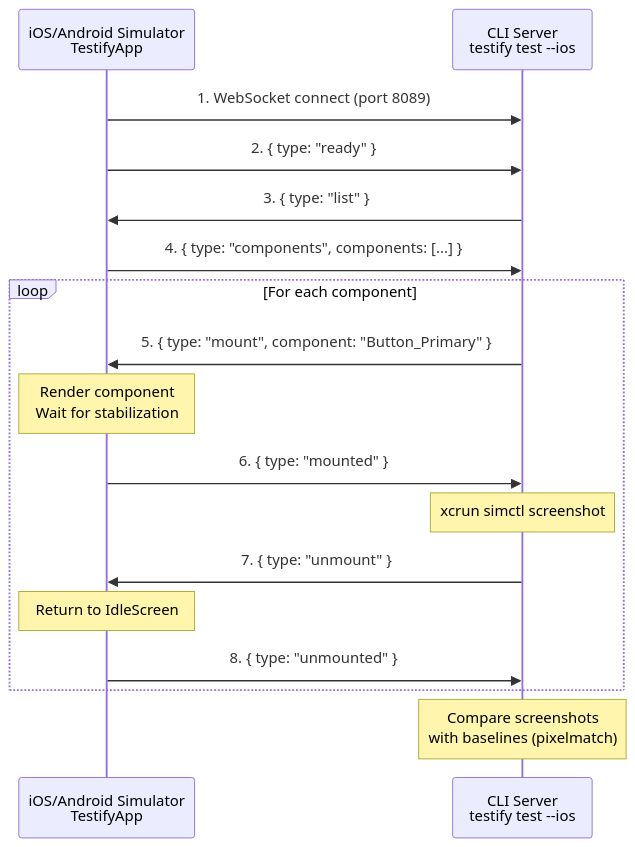
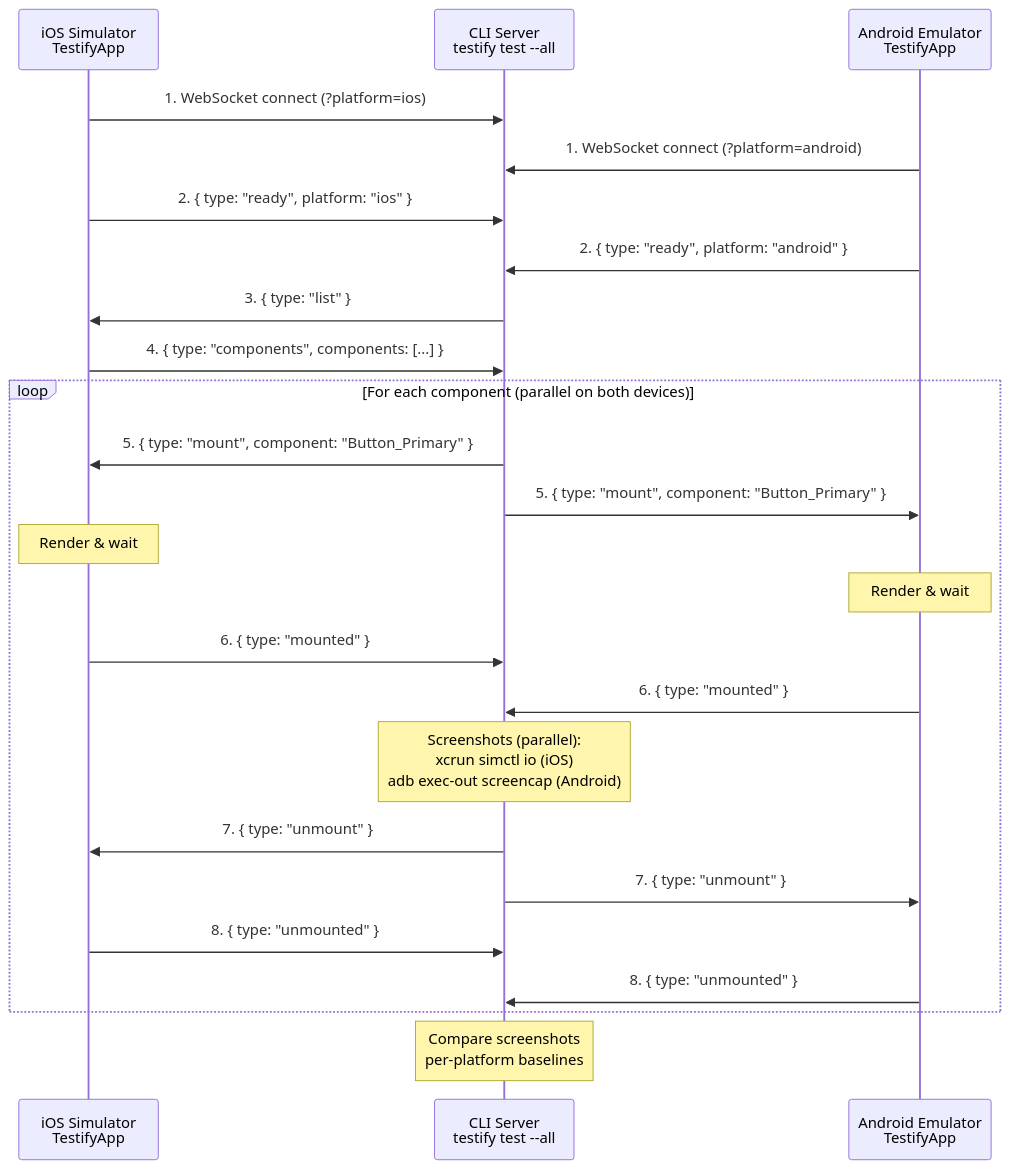
Before and after one commit to bheemreddy-samsara/react-native-testify: the diagram in README.md, drawn with Mermaid. The commit also changed other lines of this file and 7 other files, not shown here.

First line of the commit message:
Add parallel iOS + Android testing support

````diff
--- a/README.md
+++ b/README.md
@@ -174,23 +220,30 @@
 ```mermaid
 sequenceDiagram
-    participant App as iOS/Android Simulator<br/>TestifyApp
-    participant CLI as CLI Server<br/>testify test --ios
+    participant iOS as iOS Simulator<br/>TestifyApp
+    participant CLI as CLI Server<br/>testify test --all
+    participant Android as Android Emulator<br/>TestifyApp
 
-    App->>CLI: 1. WebSocket connect (port 8089)
-    App->>CLI: 2. { type: "ready" }
+    iOS->>CLI: 1. WebSocket connect (?platform=ios)
+    Android->>CLI: 1. WebSocket connect (?platform=android)
+    iOS->>CLI: 2. { type: "ready", platform: "ios" }
+    Android->>CLI: 2. { type: "ready", platform: "android" }
     
-    CLI->>App: 3. { type: "list" }
-    App->>CLI: 4. { type: "components", components: [...] }
+    CLI->>iOS: 3. { type: "list" }
+    iOS->>CLI: 4. { type: "components", components: [...] }
     
-    loop For each component
-        CLI->>App: 5. { type: "mount", component: "Button_Primary" }
-        Note over App: Render component<br/>Wait for stabilization
-        App->>CLI: 6. { type: "mounted" }
-        Note over CLI: xcrun simctl screenshot
-        CLI->>App: 7. { type: "unmount" }
-        Note over App: Return to IdleScreen
-        App->>CLI: 8. { type: "unmounted" }
+    loop For each component (parallel on both devices)
+        CLI->>iOS: 5. { type: "mount", component: "Button_Primary" }
+        CLI->>Android: 5. { type: "mount", component: "Button_Primary" }
+        Note over iOS: Render & wait
+        Note over Android: Render & wait
+        iOS->>CLI: 6. { type: "mounted" }
+        Android->>CLI: 6. { type: "mounted" }
+        Note over CLI: Screenshots (parallel):<br/>xcrun simctl io (iOS)<br/>adb exec-out screencap (Android)
+        CLI->>iOS: 7. { type: "unmount" }
+        CLI->>Android: 7. { type: "unmount" }
+        iOS->>CLI: 8. { type: "unmounted" }
+        Android->>CLI: 8. { type: "unmounted" }
     end
     
-    Note over CLI: Compare screenshots<br/>with baselines (pixelmatch)
+    Note over CLI: Compare screenshots<br/>per-platform baselines
 ```
````
